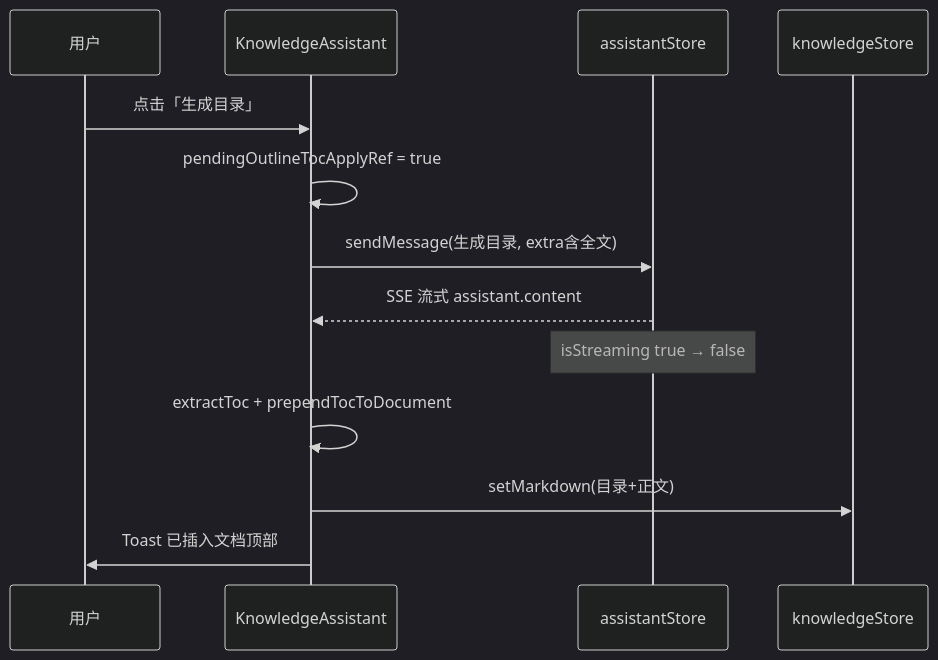
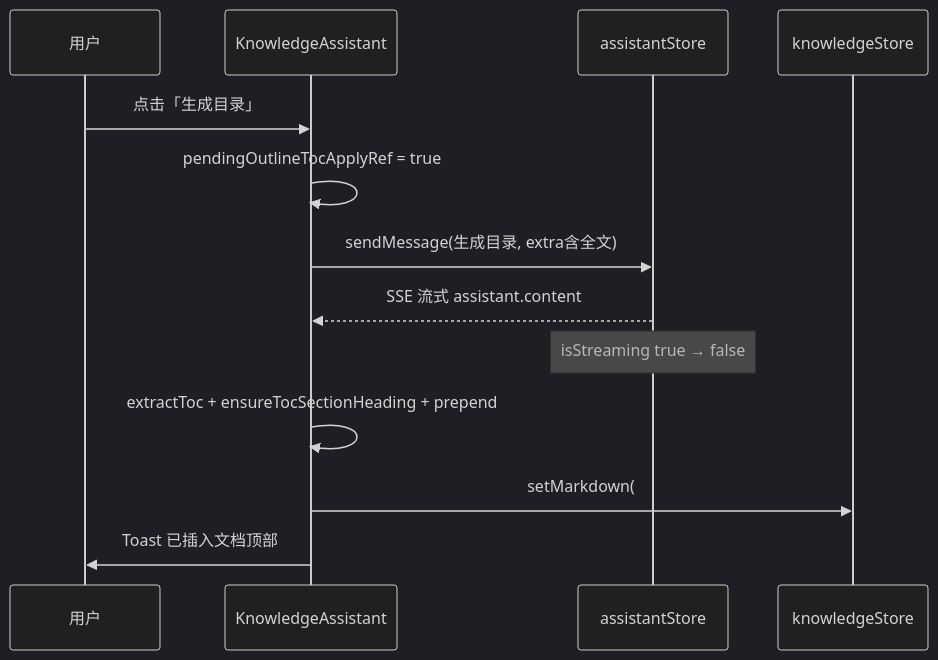
One commit to dnhyxc/dnhyxc-ai changed the diagram in docs/knowledge/knowledge-assistant-outline-toc-prepend.md. Above: the diagram before and after it, drawn with Mermaid (dark theme). The commit also changed other lines of this file and 11 other files, not shown here.

````diff
--- a/docs/knowledge/knowledge-assistant-outline-toc-prepend.md
+++ b/docs/knowledge/knowledge-assistant-outline-toc-prepend.md
@@ -180,16 +243,16 @@
 ```mermaid
 sequenceDiagram
   participant U as 用户
   participant KA as KnowledgeAssistant
   participant AS as assistantStore
   participant KS as knowledgeStore
 
   U->>KA: 点击「生成目录」
   KA->>KA: pendingOutlineTocApplyRef = true
   KA->>AS: sendMessage(生成目录, extra含全文)
   AS-->>KA: SSE 流式 assistant.content
   Note over AS: isStreaming true → false
-  KA->>KA: extractToc + prependTocToDocument
-  KA->>KS: setMarkdown(目录+正文)
+  KA->>KA: extractToc + ensureTocSectionHeading + prepend
+  KA->>KS: setMarkdown(## 目录 + 列表 + 正文)
   KA->>U: Toast 已插入文档顶部
 ```
````
